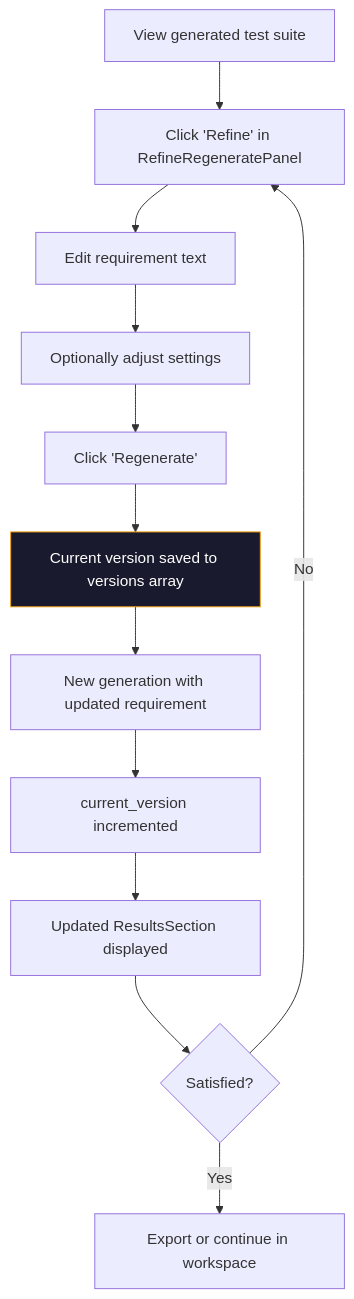
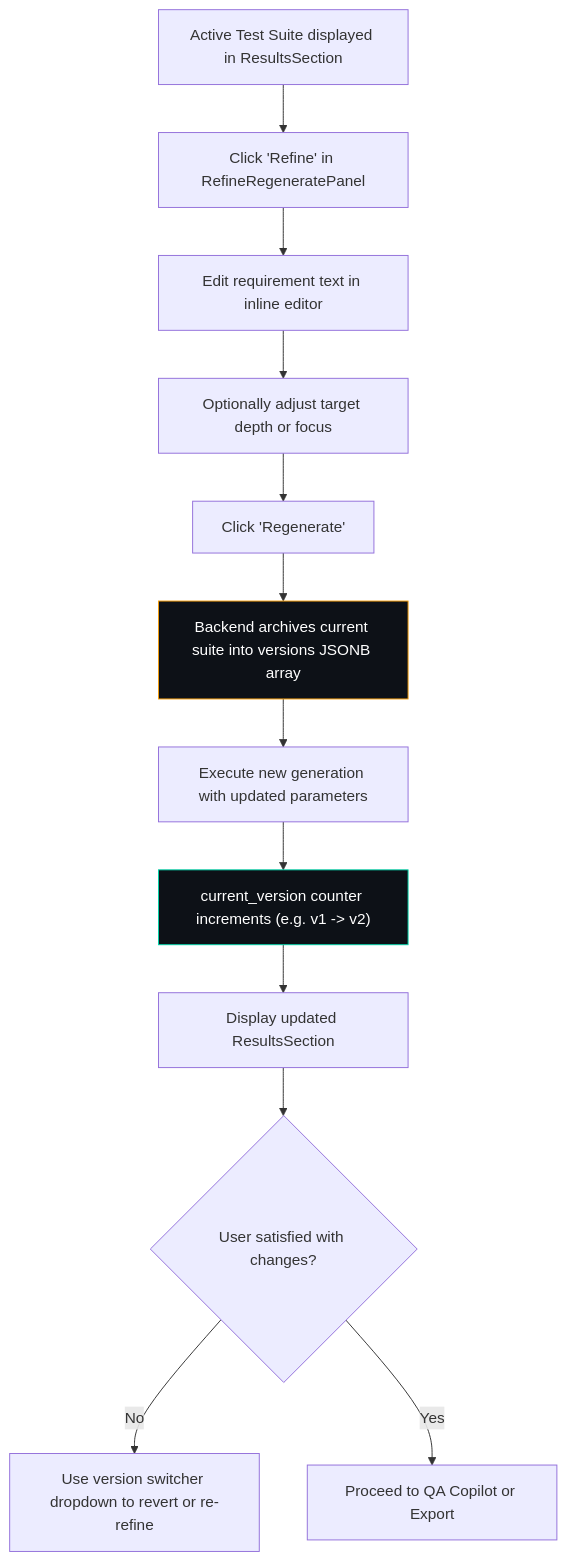
Before and after one commit to KISHOR403/Testnexa-Ai: the fifth of 11 diagrams in docs/USER_FLOWS.md, drawn with Mermaid. The commit also changed other lines of this file and 2 other files, not shown here.

````diff
--- a/docs/USER_FLOWS.md
+++ b/docs/USER_FLOWS.md
@@ -131,16 +151,17 @@
 ```mermaid
 flowchart TD
-    A["View generated test suite"] --> B["Click 'Refine' in RefineRegeneratePanel"]
-    B --> C["Edit requirement text"]
-    C --> D["Optionally adjust settings"]
+    A["Active Test Suite displayed in ResultsSection"] --> B["Click 'Refine' in RefineRegeneratePanel"]
+    B --> C["Edit requirement text in inline editor"]
+    C --> D["Optionally adjust target depth or focus"]
     D --> E["Click 'Regenerate'"]
-    E --> F["Current version saved to versions array"]
-    F --> G["New generation with updated requirement"]
-    G --> H["current_version incremented"]
-    H --> I["Updated ResultsSection displayed"]
-    I --> J{"Satisfied?"}
-    J -->|No| B
-    J -->|Yes| K["Export or continue in workspace"]
+    E --> F["Backend archives current suite into versions JSONB array"]
+    F --> G["Execute new generation with updated parameters"]
+    G --> H["current_version counter increments (e.g. v1 -> v2)"]
+    H --> I["Display updated ResultsSection"]
+    I --> J{"User satisfied with changes?"}
+    J -->|No| K["Use version switcher dropdown to revert or re-refine"]
+    J -->|Yes| L["Proceed to QA Copilot or Export"]
     
-    style F fill:#1a1a2e,stroke:#f59e0b,color:#fff
+    style F fill:#0d1117,stroke:#f59e0b,color:#fff
+    style H fill:#0d1117,stroke:#00d4aa,color:#fff
 ```
````
